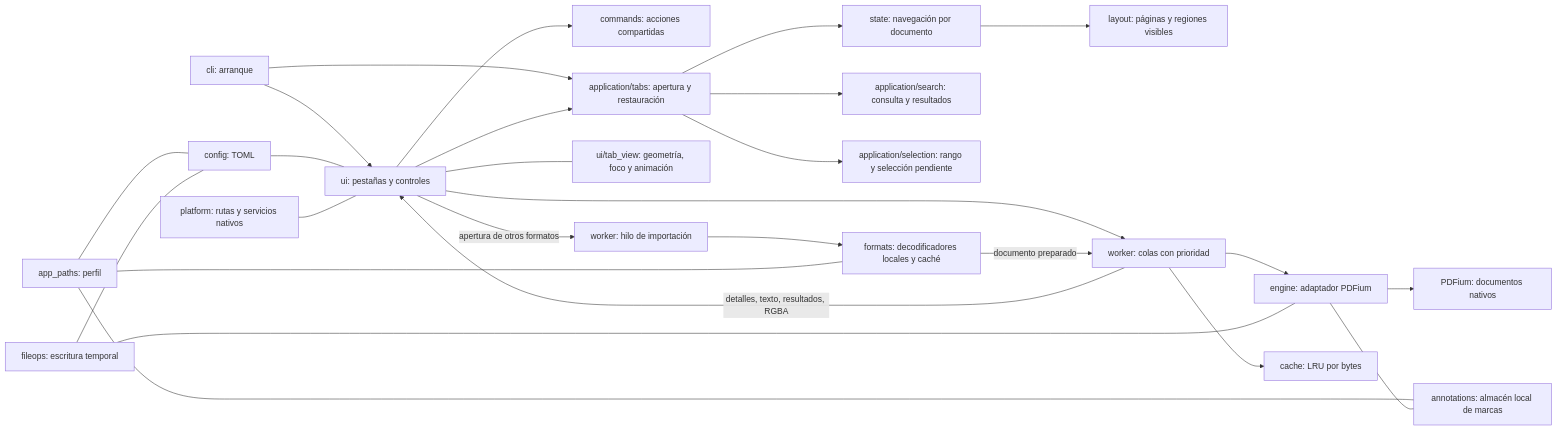
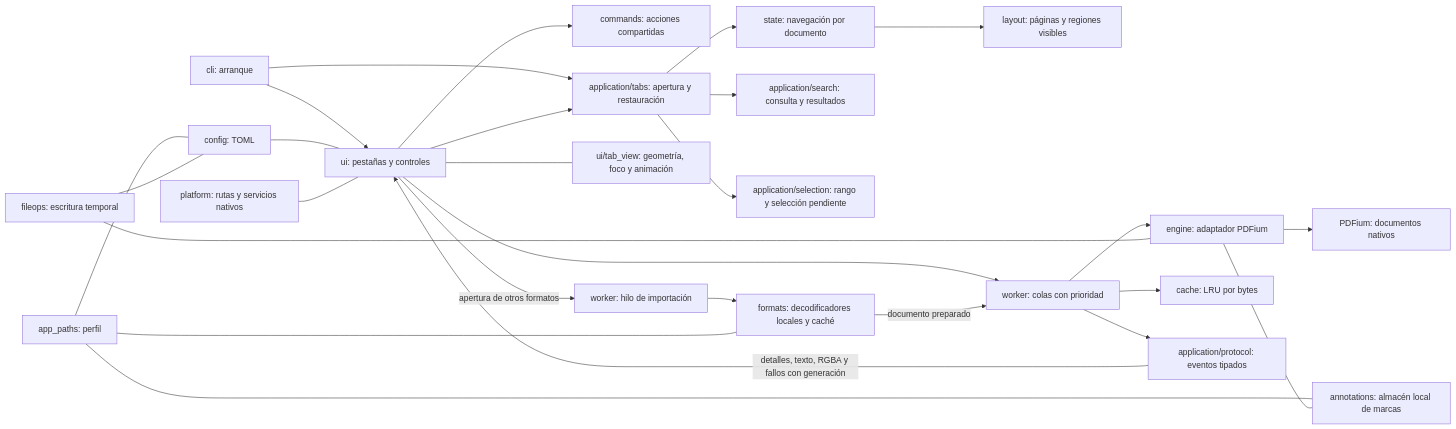
Before and after one commit to MHAlberto/crabpdf: the diagram in docs/ARCHITECTURE.md, drawn with Mermaid. The commit also changed other lines of this file and 4 other files, not shown here.

````diff
--- a/docs/ARCHITECTURE.md
+++ b/docs/ARCHITECTURE.md
@@ -9,28 +9,29 @@
 ```mermaid
 flowchart LR
     CLI[cli: arranque] --> UI[ui: pestañas y controles]
     UI --> Commands[commands: acciones compartidas]
     CLI --> Tabs[application/tabs: apertura y restauración]
     UI --> Tabs
     Tabs --> State[state: navegación por documento]
     Tabs --> Search[application/search: consulta y resultados]
     Tabs --> Selection[application/selection: rango y selección pendiente]
     UI --- View[ui/tab_view: geometría, foco y animación]
     State --> Layout[layout: páginas y regiones visibles]
     UI --> Worker[worker: colas con prioridad]
     UI -->|apertura de otros formatos| Import[worker: hilo de importación]
     Import --> Formats[formats: decodificadores locales y caché]
     Formats -->|documento preparado| Worker
     Worker --> Engine[engine: adaptador PDFium]
     Engine --> PDF[PDFium: documentos nativos]
     Worker --> Cache[cache: LRU por bytes]
-    Worker -->|detalles, texto, resultados, RGBA| UI
+    Worker --> Protocol[application/protocol: eventos tipados]
+    Protocol -->|detalles, texto, RGBA y fallos con generación| UI
     Config[config: TOML] --- UI
     Paths[app_paths: perfil] --- Config
     Paths --- Formats
     Paths --- Marks
     Files[fileops: escritura temporal] --- Config
     Files --- Engine
     Engine --- Marks[annotations: almacén local de marcas]
     Platform[platform: rutas y servicios nativos] --- UI
 ```
````
